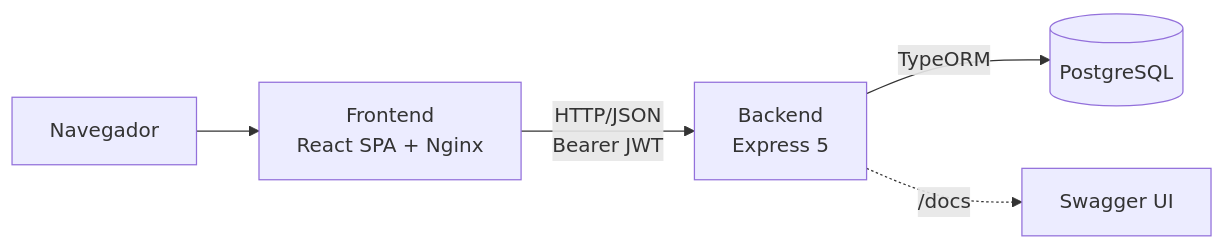
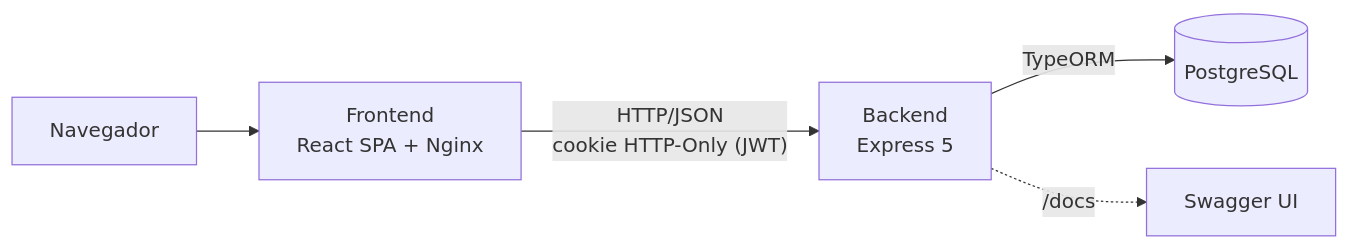
The first of 3 diagrams in docs/ARQUITETURA.md (VerdeAr/backend), drawn with Mermaid before and after one commit. The commit also changed other lines of this file and 4 other files, not shown here.

````diff
--- a/docs/ARQUITETURA.md
+++ b/docs/ARQUITETURA.md
@@ -48,7 +50,7 @@
 ```mermaid
 flowchart LR
     U[Navegador] --> F[Frontend<br/>React SPA + Nginx]
-    F -- "HTTP/JSON<br/>Bearer JWT" --> A[Backend<br/>Express 5]
+    F -- "HTTP/JSON<br/>cookie HTTP-Only (JWT)" --> A[Backend<br/>Express 5]
     A -- "TypeORM" --> D[(PostgreSQL)]
     A -. "/docs" .-> S[Swagger UI]
 ```
````
